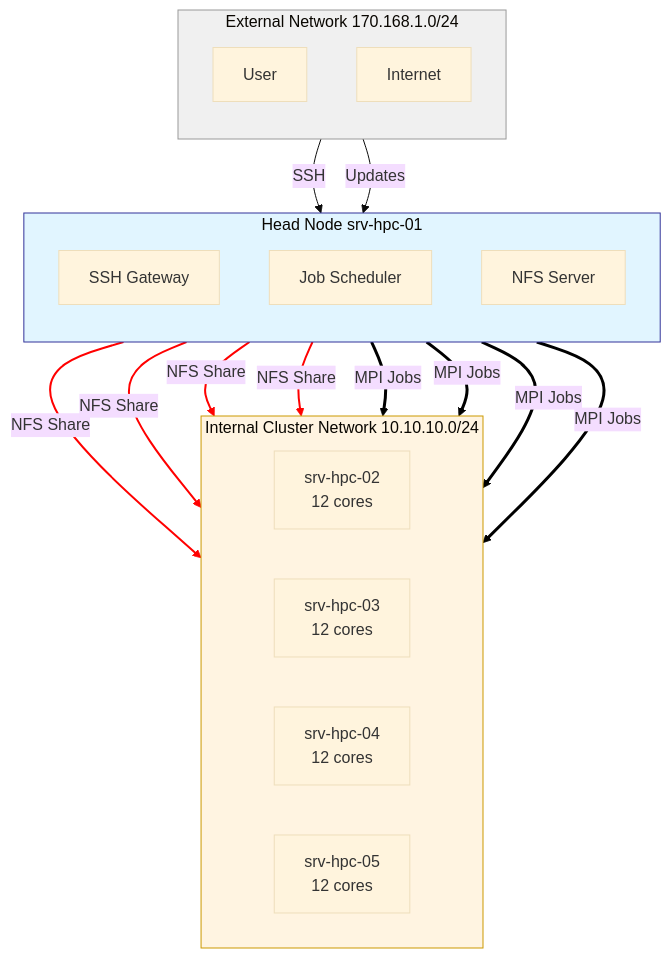
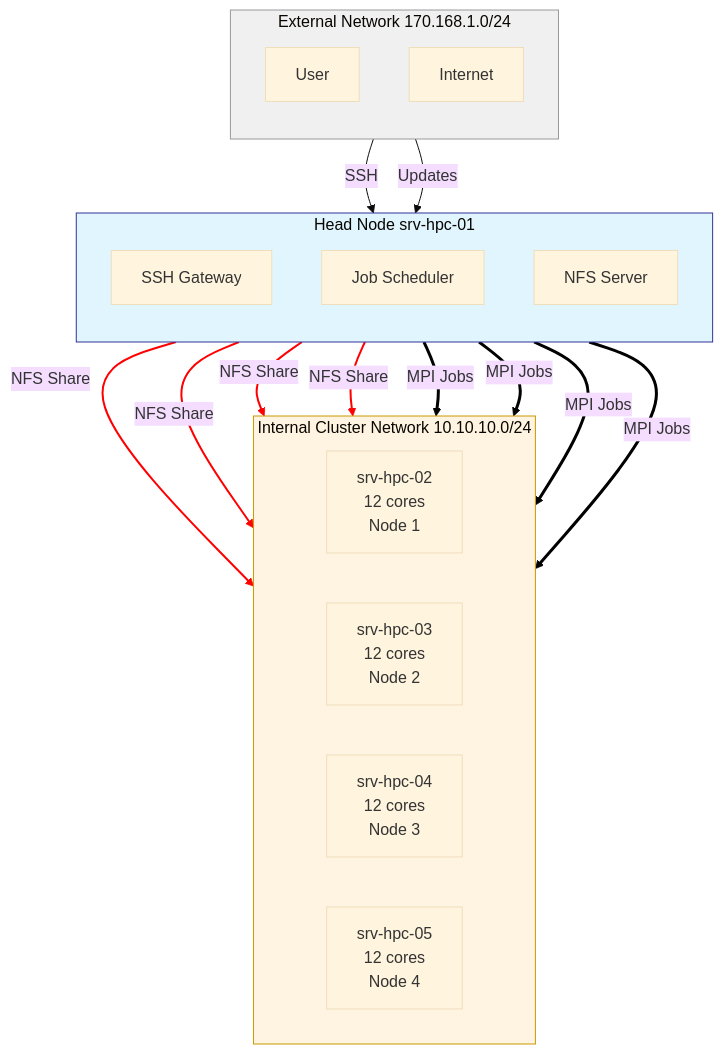
The diagram in README.md (maltsev-andrey/hpc-cluster-slurm-mpi), drawn with Mermaid (base theme) before and after one commit.

````diff
--- a/README.md
+++ b/README.md
@@ -44,51 +44,51 @@
 ```mermaid
 graph TB
     %% External network
     subgraph EXT["External Network 170.168.1.0/24"]
         direction TB
         User[User]
         Internet[Internet]
     end
 
     %% Head node
     subgraph HEAD["Head Node srv-hpc-01"]
         direction TB
         SSH[SSH Gateway]
         Scheduler[Job Scheduler]
         NFS[NFS Server]
     end
 
     %% Internal cluster network
     subgraph INT["Internal Cluster Network 10.10.10.0/24"]
         direction LR
-        CN1["srv-hpc-02<br/>12 cores"]
-        CN2["srv-hpc-03<br/>12 cores"]
-        CN3["srv-hpc-04<br/>12 cores"]
-        CN4["srv-hpc-05<br/>12 cores"]
+        CN1["srv-hpc-02<br/>12 cores<br/>Node 1"]
+        CN2["srv-hpc-03<br/>12 cores<br/>Node 2"]
+        CN3["srv-hpc-04<br/>12 cores<br/>Node 3"]
+        CN4["srv-hpc-05<br/>12 cores<br/>Node 4"]
     end
 
     %% Connections - order matters for linkStyle
     User -->|SSH| SSH
     Internet -->|Updates| HEAD
     NFS -->|NFS Share| CN1
     NFS -->|NFS Share| CN2
     NFS -->|NFS Share| CN3
     NFS -->|NFS Share| CN4
     Scheduler -->|MPI Jobs| CN1
     Scheduler -->|MPI Jobs| CN2
     Scheduler -->|MPI Jobs| CN3
     Scheduler -->|MPI Jobs| CN4
 
     %% Link styles - links are numbered 0,1,2,3... in order of appearance
     %% Links 0,1: SSH and Updates
     %% Links 2,3,4,5: NFS Share - RED
     %% Links 6,7,8,9: MPI Jobs - BOLD BLACK
     linkStyle 2,3,4,5 stroke:#ff0000,stroke-width:2px
     linkStyle 6,7,8,9 stroke:#000000,stroke-width:3px
 
     %% Styles
     style EXT fill:#f0f0f0,stroke:#999,stroke-width:1px
     style HEAD fill:#e1f5ff,stroke:#339,stroke-width:1px
     style INT fill:#fff4e1,stroke:#c90,stroke-width:1px
 
 ```
````
